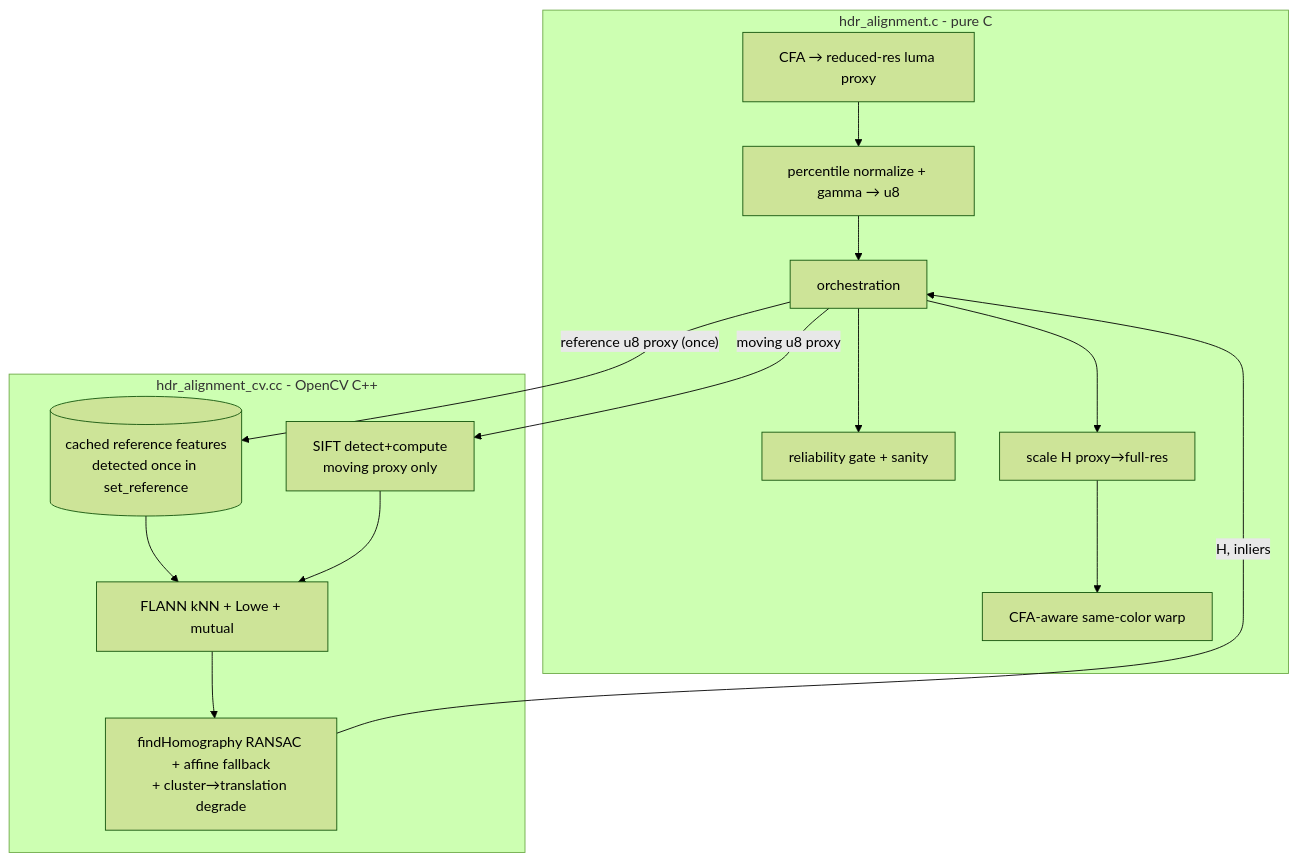
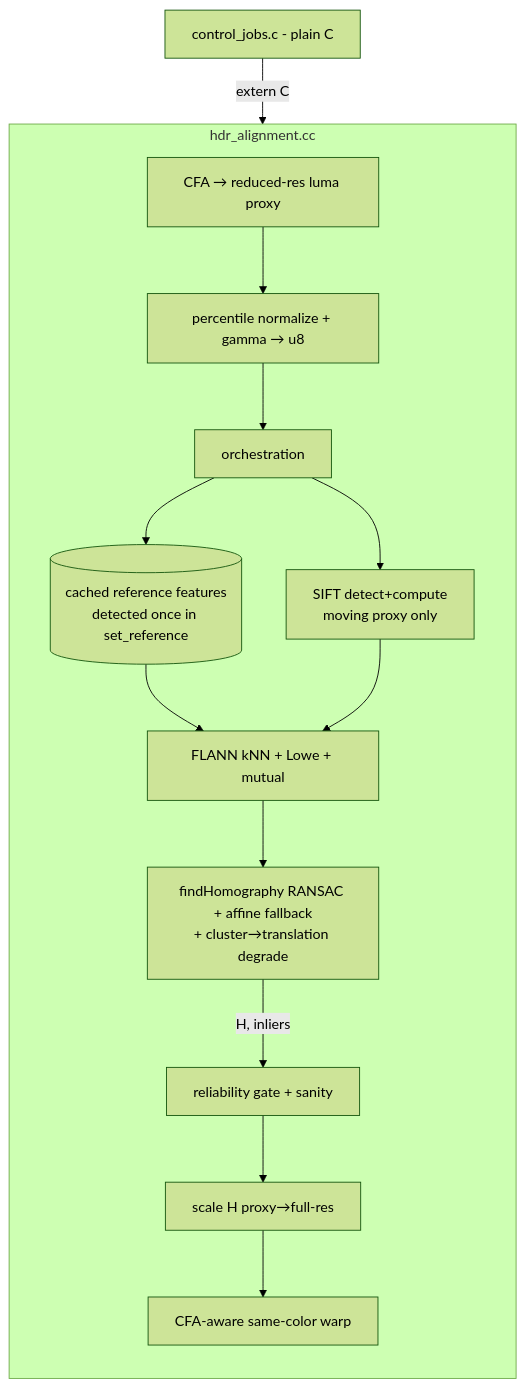
One commit to darktable-org/darktable changed the fifth of 6 diagrams in dev-doc/HDR_Alignment_Design.md. Above: the diagram before and after it, drawn with Mermaid (forest theme). The commit also changed other lines of this file and 10 other files, not shown here.

````diff
--- a/dev-doc/HDR_Alignment_Design.md
+++ b/dev-doc/HDR_Alignment_Design.md
@@ -418,20 +420,17 @@
 ```mermaid
 flowchart TD
-    subgraph C [hdr_alignment.c - pure C]
+    subgraph TU [hdr_alignment.cc]
+        direction TB
         P1[CFA → reduced-res luma proxy] --> P2[percentile normalize + gamma → u8]
         P2 --> P3[orchestration]
-        P3 --> P8[reliability gate + sanity]
-        P3 --> P6[scale H proxy→full-res]
+        P3 --> B0[(cached reference features<br/>detected once in set_reference)]
+        P3 --> B1[SIFT detect+compute<br/>moving proxy only]
+        B0 --> B2[FLANN kNN + Lowe + mutual]
+        B1 --> B2
+        B2 --> B3[findHomography RANSAC + affine fallback<br/>+ cluster→translation degrade]
+        B3 -- "H, inliers" --> P8[reliability gate + sanity]
+        P8 --> P6[scale H proxy→full-res]
         P6 --> P7[CFA-aware same-color warp]
     end
-    subgraph CC [hdr_alignment_cv.cc - OpenCV C++]
-        B0[(cached reference features<br/>detected once in set_reference)]
-        B1[SIFT detect+compute<br/>moving proxy only]
-        B2[FLANN kNN + Lowe + mutual]
-        B3[findHomography RANSAC + affine fallback<br/>+ cluster→translation degrade]
-    end
-    P3 -- "reference u8 proxy (once)" --> B0
-    P3 -- "moving u8 proxy" --> B1
-    B0 --> B2
-    B1 --> B2 --> B3 -- "H, inliers" --> P3
+    CJ[control_jobs.c - plain C] -- "extern C" --> P3
 ```
````
